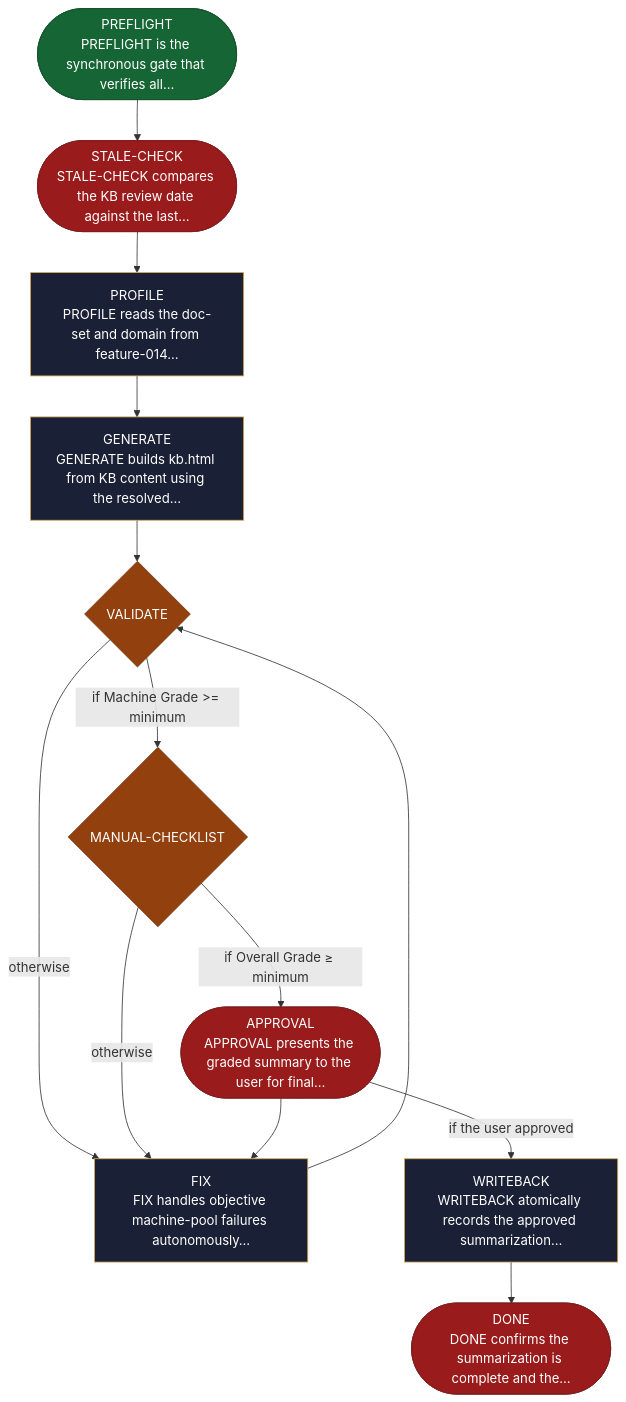
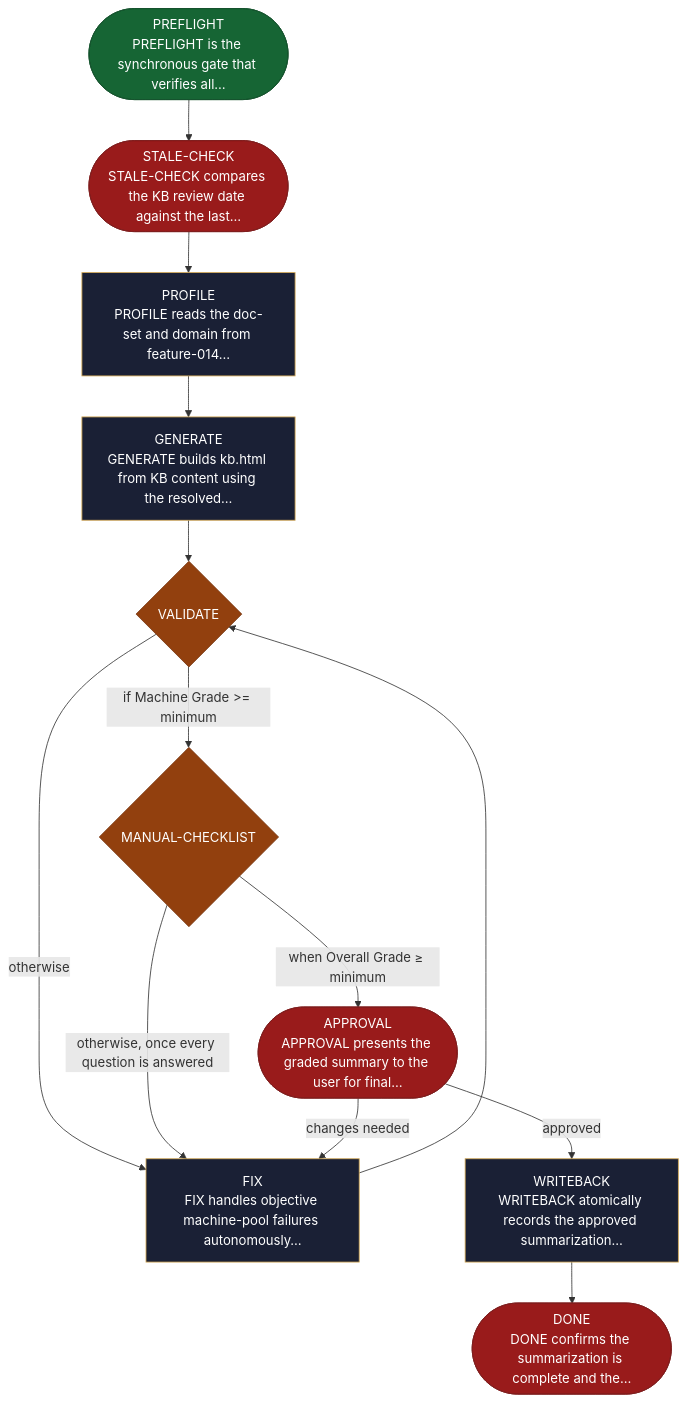
One commit to AndreVianna/aid-methodology changed the diagram in site/src/content/docs/skills/aid-summarize.md. Above: the diagram before and after it, drawn with Mermaid. The commit also changed 195 other files, not shown here.

First line of the commit message:
delivery-002 review fix (cycle 1): sub-step pointers are notes, not advance lines; orchestrate under its line cap, question rule cited not restated; residual flow rungs read advance words; site regenerated; ledger rows marked Fixed (D3-11 left open)

````diff
--- a/site/src/content/docs/skills/aid-summarize.md
+++ b/site/src/content/docs/skills/aid-summarize.md
@@ -20,51 +20,51 @@
 ```mermaid
 flowchart TB
   classDef aidNode color:#fff
   classDef aidEntry fill:#166534,stroke:#14532d,color:#fff
   classDef aidExit fill:#991b1b,stroke:#7f1d1d,color:#fff
   classDef aidDecision fill:#92400e,stroke:#78350f,color:#fff
   classDef aidLoopBack fill:#1e3a8a,stroke:#1e3a8a,color:#fff
   classDef aidStep fill:#1a2035,stroke:#d4a853,color:#f1f5f9
   n1(["PREFLIGHT<br/>PREFLIGHT is the synchronous gate that verifies all…"])
   n2(["STALE-CHECK<br/>STALE-CHECK compares the KB review date against the last…"])
   n3["PROFILE<br/>PROFILE reads the doc-set and domain from feature-014…"]
   n4["GENERATE<br/>GENERATE builds kb.html from KB content using the resolved…"]
   n5{"VALIDATE"}
   n6{"MANUAL-CHECKLIST"}
   n7["FIX<br/>FIX handles objective machine-pool failures autonomously…"]
   n8(["APPROVAL<br/>APPROVAL presents the graded summary to the user for final…"])
   n9["WRITEBACK<br/>WRITEBACK atomically records the approved summarization…"]
   n10(["DONE<br/>DONE confirms the summarization is complete and the…"])
   n1 --> n2
   n2 --> n3
   n3 --> n4
   n4 --> n5
   n5 -->|"if Machine Grade &gt;= minimum"| n6
   n5 -->|"otherwise"| n7
-  n6 -->|"otherwise"| n7
-  n6 -->|"if Overall Grade ≥ minimum"| n8
+  n6 -->|"otherwise, once every question is answered"| n7
+  n6 -->|"when Overall Grade ≥ minimum"| n8
   n7 --> n5
-  n8 --> n7
-  n8 -->|"if the user approved"| n9
+  n8 -->|"changes needed"| n7
+  n8 -->|"approved"| n9
   n9 --> n10
   class n1 aidEntry
   class n2 aidExit
   class n3 aidStep
   class n4 aidStep
   class n5 aidDecision
   class n6 aidDecision
   class n7 aidStep
   class n8 aidExit
   class n9 aidStep
   class n10 aidExit
   class n1 aidNode
   class n2 aidNode
   class n3 aidNode
   class n4 aidNode
   class n5 aidNode
   class n6 aidNode
   class n7 aidNode
   class n8 aidNode
   class n9 aidNode
   class n10 aidNode
 ```
````
